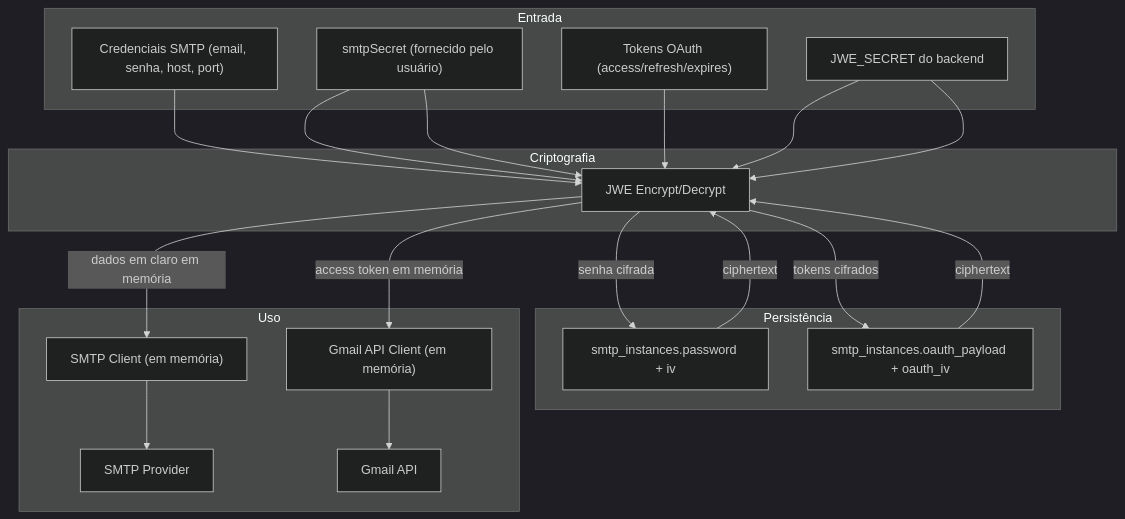
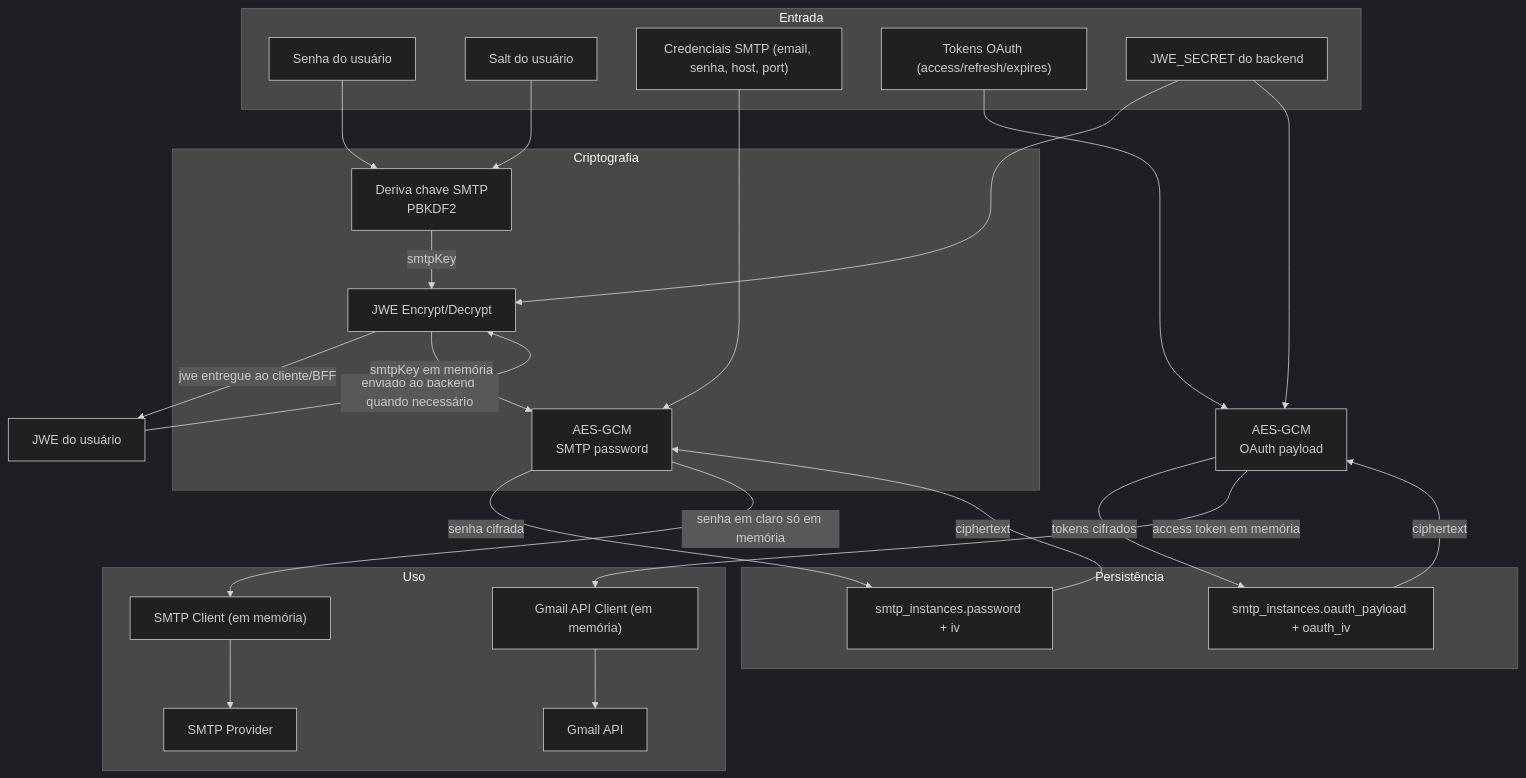
One commit to ThalysSilva/unicast-backend changed the fourth of 8 diagrams in README.md. Above: the diagram before and after it, drawn with Mermaid (dark theme). The commit also changed other lines of this file, not shown here.

````diff
--- a/README.md
+++ b/README.md
@@ -226,41 +264,48 @@
 ```mermaid
 flowchart TD
     subgraph Entrada
-      SmtpSecret["smtpSecret (fornecido pelo usuário)"]
+      UserPassword["Senha do usuário"]
+      UserSalt["Salt do usuário"]
       Creds["Credenciais SMTP (email, senha, host, port)"]
       OAuthTokens["Tokens OAuth (access/refresh/expires)"]
       JWESecret["JWE_SECRET do backend"]
     end
 
     subgraph Criptografia
+      Derive["Deriva chave SMTP\nPBKDF2"]
       JWE["JWE Encrypt/Decrypt"]
+      AES["AES-GCM\nSMTP password"]
     end
 
     subgraph Persistência
       DBPassword["smtp_instances.password + iv"]
       DBOAuth["smtp_instances.oauth_payload + oauth_iv"]
     end
 
     subgraph Uso
       SMTPClient["SMTP Client (em memória)"]
       GmailClient["Gmail API Client (em memória)"]
       Mail["SMTP Provider"]
       Gmail["Gmail API"]
     end
 
-    Creds --> JWE
-    SmtpSecret --> JWE
-    JWE -->|senha cifrada| DBPassword
-    DBPassword -->|ciphertext| JWE
-    SmtpSecret --> JWE
-    JWE -->|dados em claro em memória| SMTPClient
+    UserPassword --> Derive
+    UserSalt --> Derive
+    Derive -->|smtpKey| JWE
+    JWESecret --> JWE
+    JWE -->|jwe entregue ao cliente/BFF| ClientJWE["JWE do usuário"]
+    ClientJWE -->|enviado ao backend quando necessário| JWE
+    JWE -->|smtpKey em memória| AES
+    Creds --> AES
+    AES -->|senha cifrada| DBPassword
+    DBPassword -->|ciphertext| AES
+    AES -->|senha em claro só em memória| SMTPClient
     SMTPClient --> Mail
 
-    OAuthTokens --> JWE
-    JWESecret --> JWE
-    JWE -->|tokens cifrados| DBOAuth
-    DBOAuth -->|ciphertext| JWE
-    JWESecret --> JWE
-    JWE -->|access token em memória| GmailClient
+    OAuthTokens --> OAuthAES["AES-GCM\nOAuth payload"]
+    JWESecret --> OAuthAES
+    OAuthAES -->|tokens cifrados| DBOAuth
+    DBOAuth -->|ciphertext| OAuthAES
+    OAuthAES -->|access token em memória| GmailClient
     GmailClient --> Gmail
 ```
````
